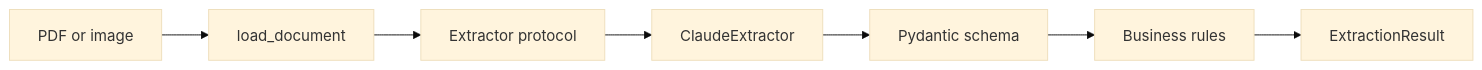
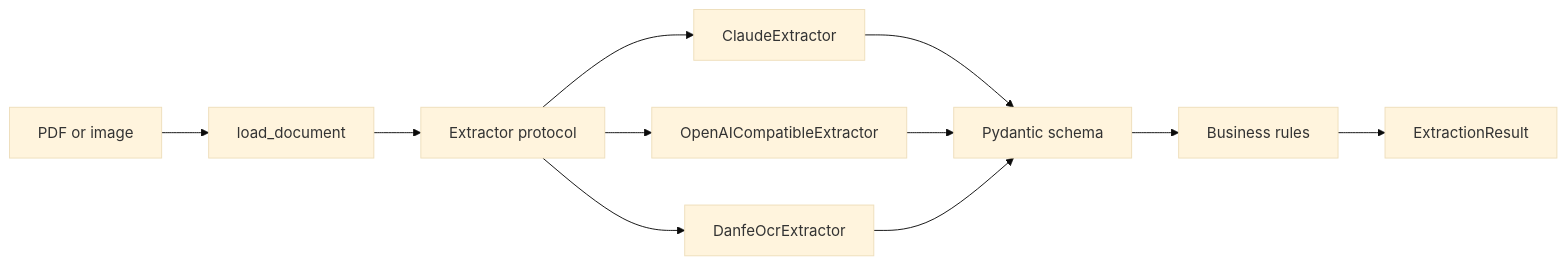
The diagram in README.md (Filip3Owl/nf-extractor-ai), drawn with Mermaid (base theme) before and after one commit. The commit also changed other lines of this file and 33 other files, not shown here.

````diff
--- a/README.md
+++ b/README.md
@@ -120,9 +148,13 @@
 ```mermaid
 flowchart LR
     A[PDF or image] --> B[load_document]
     B --> C[Extractor protocol]
-    C --> D[ClaudeExtractor]
-    D --> E[Pydantic schema]
+    C --> D1[ClaudeExtractor]
+    C --> D2[OpenAICompatibleExtractor]
+    C --> D3[DanfeOcrExtractor]
+    D1 --> E[Pydantic schema]
+    D2 --> E
+    D3 --> E
     E --> F[Business rules]
     F --> G[ExtractionResult]
 ```
````
